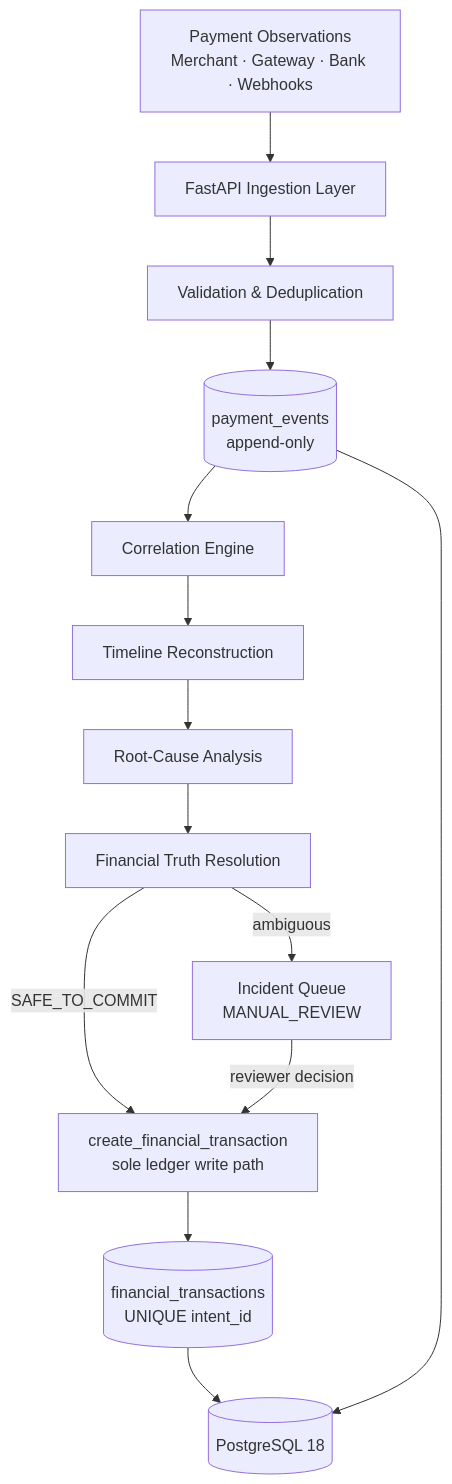
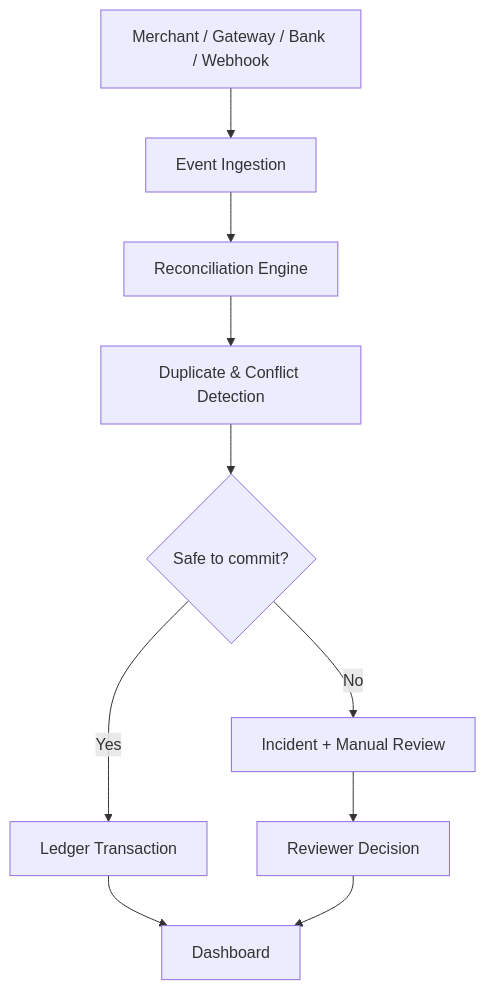
Before and after one commit to Aivexh/VERITY-IN: the diagram in README.md, drawn with Mermaid. The commit also changed other lines of this file, not shown here.

````diff
--- a/README.md
+++ b/README.md
@@ -103,16 +69,12 @@
 ```mermaid
-flowchart TD
-    A[Payment Observations<br/>Merchant · Gateway · Bank · Webhooks] --> B[FastAPI Ingestion Layer]
-    B --> C[Validation & Deduplication]
-    C --> D[(payment_events<br/>append-only)]
-    D --> E[Correlation Engine]
-    E --> F[Timeline Reconstruction]
-    F --> G[Root-Cause Analysis]
-    G --> H[Financial Truth Resolution]
-    H -->|SAFE_TO_COMMIT| I[create_financial_transaction<br/>sole ledger write path]
-    H -->|ambiguous| J[Incident Queue<br/>MANUAL_REVIEW]
-    I --> K[(financial_transactions<br/>UNIQUE intent_id)]
-    J -->|reviewer decision| I
-    K --> L[(PostgreSQL 18)]
-    D --> L
+flowchart TB
+    A[Merchant / Gateway / Bank / Webhook] --> B[Event Ingestion]
+    B --> C[Reconciliation Engine]
+    C --> D[Duplicate & Conflict Detection]
+    D --> E{Safe to commit?}
+    E -->|Yes| F[Ledger Transaction]
+    E -->|No| G[Incident + Manual Review]
+    G --> H[Reviewer Decision]
+    F --> I[Dashboard]
+    H --> I
 ```
````
